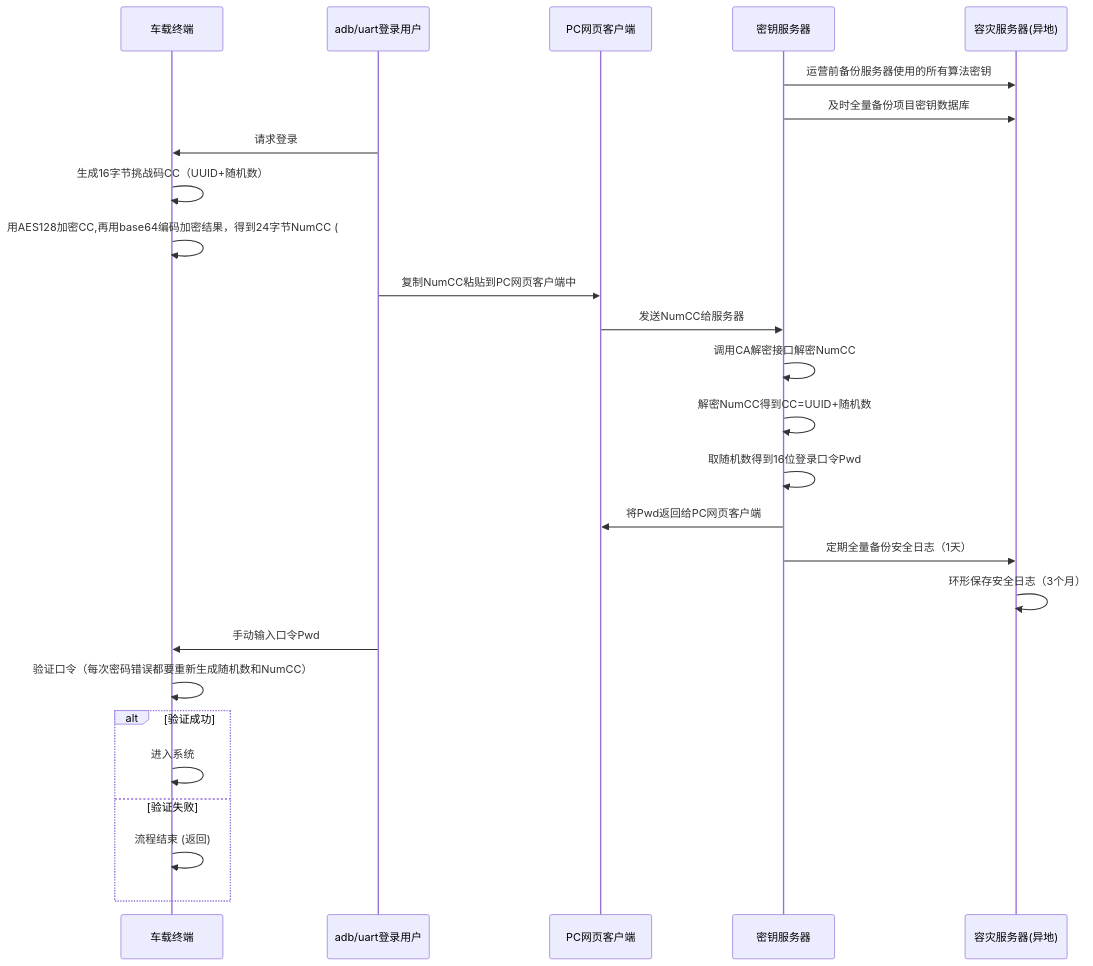
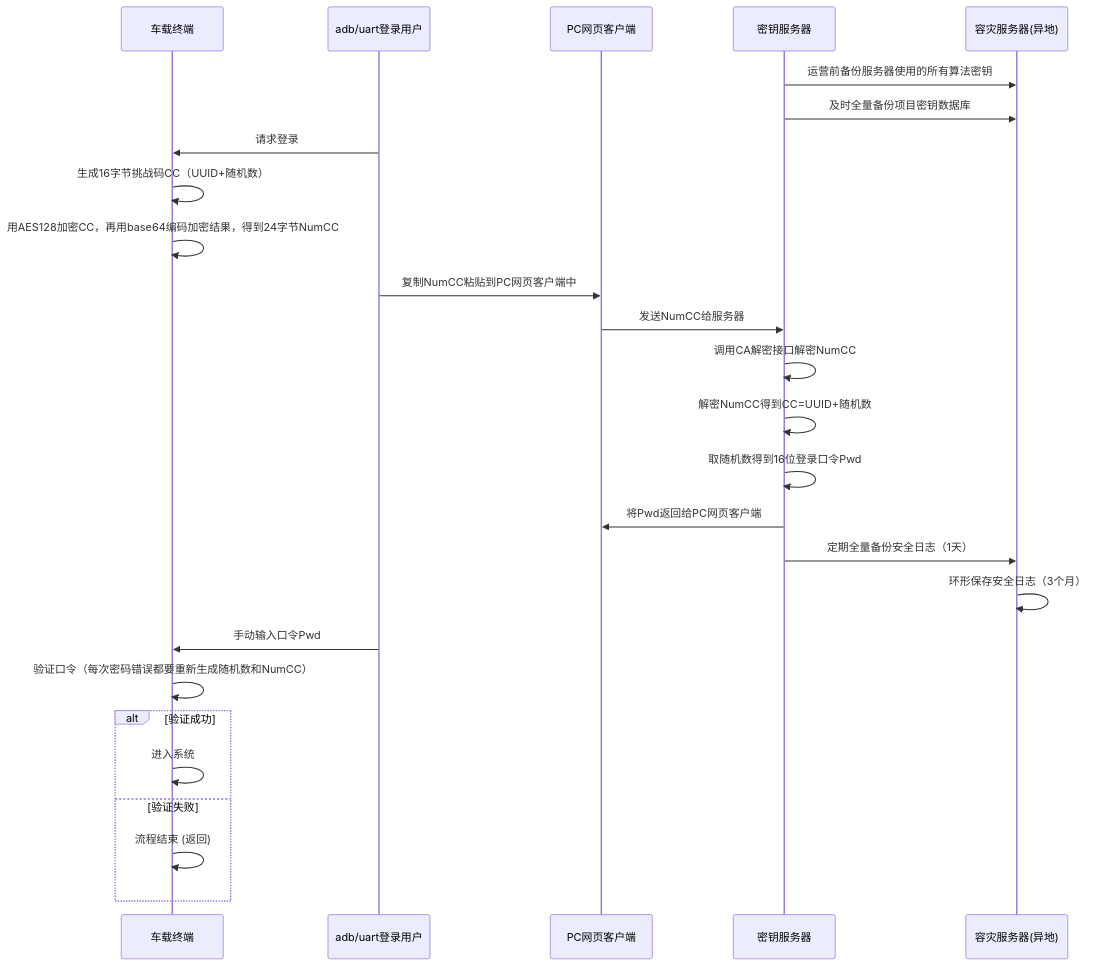
Before and after one commit to facebook-cloud/iodraw-files: the diagram in all/未命名-19.md, drawn with Mermaid.

Commit message:
2026-03-19 16:43:13 update

````diff
--- a/all/未命名-19.md
+++ b/all/未命名-19.md
@@ -1,33 +1,33 @@
 ```mermaid
 sequenceDiagram
     participant tbox as 车载终端
     participant user as adb/uart登录用户
     participant pc as PC网页客户端
     participant tech_center as 密钥服务器
     participant backup as 容灾服务器(异地)
   
     tech_center->>backup: 运营前备份服务器使用的所有算法密钥
     tech_center->>backup: 及时全量备份项目密钥数据库
 
     user->>tbox: 请求登录
     tbox->>tbox: 生成16字节挑战码CC（UUID+随机数）
-    tbox->>tbox: 用AES128加密CC,再用base64编码加密结果，得到24字节NumCC (
+    tbox->>tbox: 用AES128加密CC，再用base64编码加密结果，得到24字节NumCC
     user->>pc: 复制NumCC粘贴到PC网页客户端中
     pc->>tech_center: 发送NumCC给服务器
     tech_center->>tech_center: 调用CA解密接口解密NumCC
     tech_center->>tech_center: 解密NumCC得到CC=UUID+随机数
     tech_center->>tech_center: 取随机数得到16位登录口令Pwd
     tech_center->>pc: 将Pwd返回给PC网页客户端
 
     tech_center->>backup: 定期全量备份安全日志（1天）
     backup->>backup: 环形保存安全日志（3个月）
     user->>tbox: 手动输入口令Pwd
     tbox->>tbox: 验证口令（每次密码错误都要重新生成随机数和NumCC）
     alt 验证成功
         tbox->>tbox: 进入系统
     else 验证失败
         tbox->>tbox: 流程结束 (返回)
     end
 
 
 ```
````
